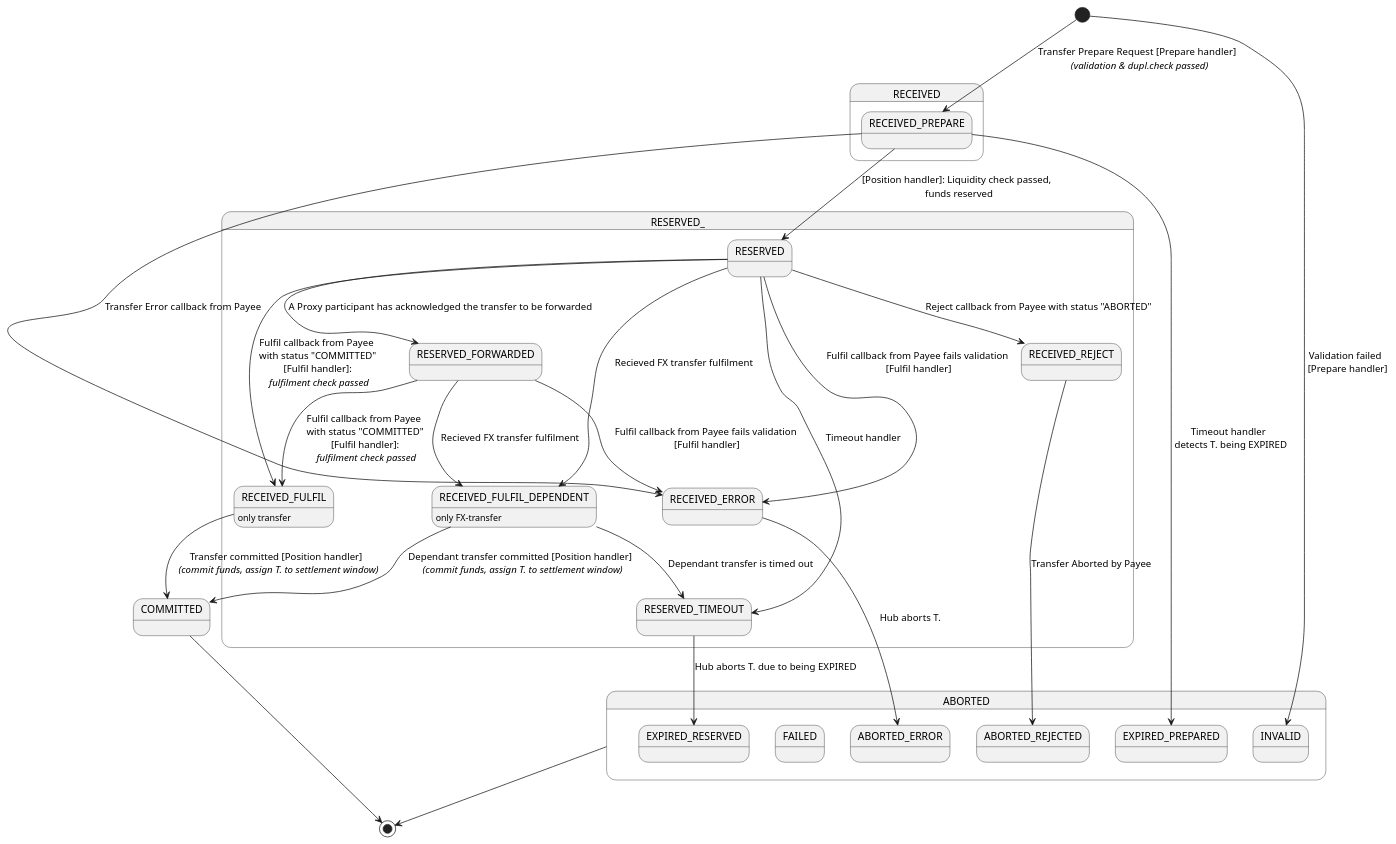
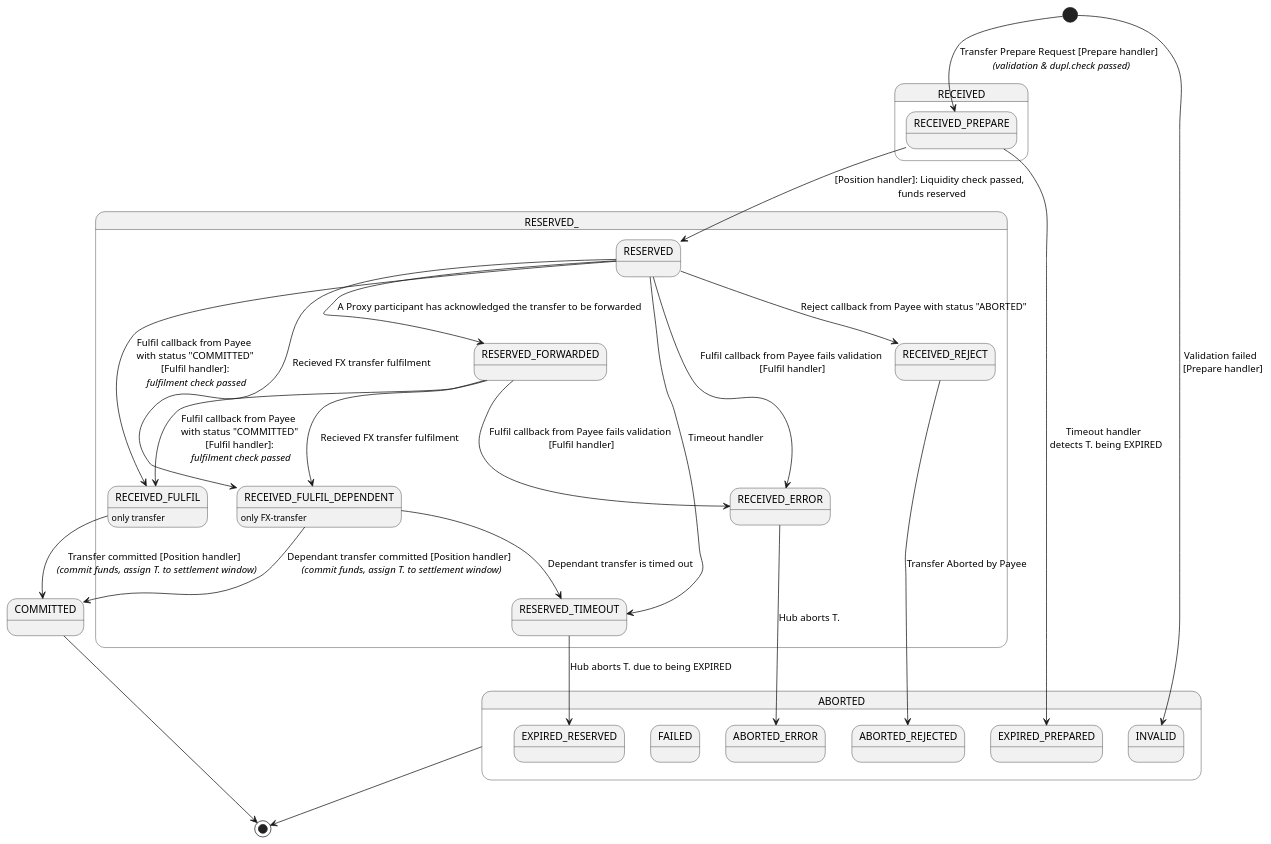
The diagram in documentation/state-diagrams/transfer-internal-states.plantuml (mojaloop/central-ledger), drawn with PlantUML before and after one commit. The commit also changed 1 other file, not shown here.

Commit message:
chore: update state diagram

```diff
--- a/documentation/state-diagrams/transfer-internal-states.plantuml
+++ b/documentation/state-diagrams/transfer-internal-states.plantuml
@@ -1,75 +1,74 @@
 @startuml
 
 state RECEIVED {
   state RECEIVED_PREPARE {
   }
 }
 
 state RESERVED_ {
   state RESERVED {
   }
   state RESERVED_FORWARDED {
   }
   state RECEIVED_FULFIL {
   }
   state RECEIVED_FULFIL_DEPENDENT {
   }
   state RESERVED_TIMEOUT {
   }
   state RECEIVED_REJECT {
   }
   state RECEIVED_ERROR {
   }
 }
 
 state COMMITTED {
 }
 
 state ABORTED {
   state ABORTED_ERROR {
   }
   state ABORTED_REJECTED {
   }
   state EXPIRED_PREPARED {
   }
   state EXPIRED_RESERVED {
   }
   state FAILED {
   }
   state INVALID {
   }
 }
 
 RECEIVED_FULFIL_DEPENDENT : only FX-transfer
 RECEIVED_FULFIL : only transfer
 
 [*] --> RECEIVED_PREPARE : Transfer Prepare Request [Prepare handler] \n <i>(validation & dupl.check passed)</i>
 [*] --> INVALID : Validation failed \n [Prepare handler]
 RECEIVED_PREPARE --> RESERVED : [Position handler]: Liquidity check passed, \n funds reserved
 RESERVED --> RECEIVED_REJECT : Reject callback from Payee with status "ABORTED"
-RECEIVED_PREPARE --> RECEIVED_ERROR : Transfer Error callback from Payee
 
 RECEIVED_FULFIL --> COMMITTED : Transfer committed [Position handler] \n <i>(commit funds, assign T. to settlement window)</i>
 RECEIVED_REJECT --> ABORTED_REJECTED : Transfer Aborted by Payee
 RECEIVED_ERROR --> ABORTED_ERROR : Hub aborts T.
 RECEIVED_PREPARE --> EXPIRED_PREPARED : Timeout handler \n detects T. being EXPIRED
 
 RESERVED --> RECEIVED_FULFIL : Fulfil callback from Payee \n with status "COMMITTED" \n [Fulfil handler]: \n <i>fulfilment check passed</i>
 RESERVED --> RECEIVED_ERROR : Fulfil callback from Payee fails validation\n [Fulfil handler]
 RESERVED --> RECEIVED_FULFIL_DEPENDENT : Recieved FX transfer fulfilment
 RESERVED --> RESERVED_FORWARDED : A Proxy participant has acknowledged the transfer to be forwarded
 RESERVED --> RESERVED_TIMEOUT : Timeout handler
 
 RESERVED_FORWARDED --> RECEIVED_FULFIL : Fulfil callback from Payee \n with status "COMMITTED" \n [Fulfil handler]: \n <i>fulfilment check passed</i>
 RESERVED_FORWARDED --> RECEIVED_ERROR : Fulfil callback from Payee fails validation\n [Fulfil handler]
 RESERVED_FORWARDED --> RECEIVED_FULFIL_DEPENDENT : Recieved FX transfer fulfilment
 
 RECEIVED_FULFIL_DEPENDENT --> COMMITTED : Dependant transfer committed [Position handler] \n <i>(commit funds, assign T. to settlement window)</i>
 RECEIVED_FULFIL_DEPENDENT --> RESERVED_TIMEOUT : Dependant transfer is timed out
 
 RESERVED_TIMEOUT --> EXPIRED_RESERVED : Hub aborts T. due to being EXPIRED
 
 COMMITTED --> [*]
 ABORTED --> [*]
 
 @enduml
```
